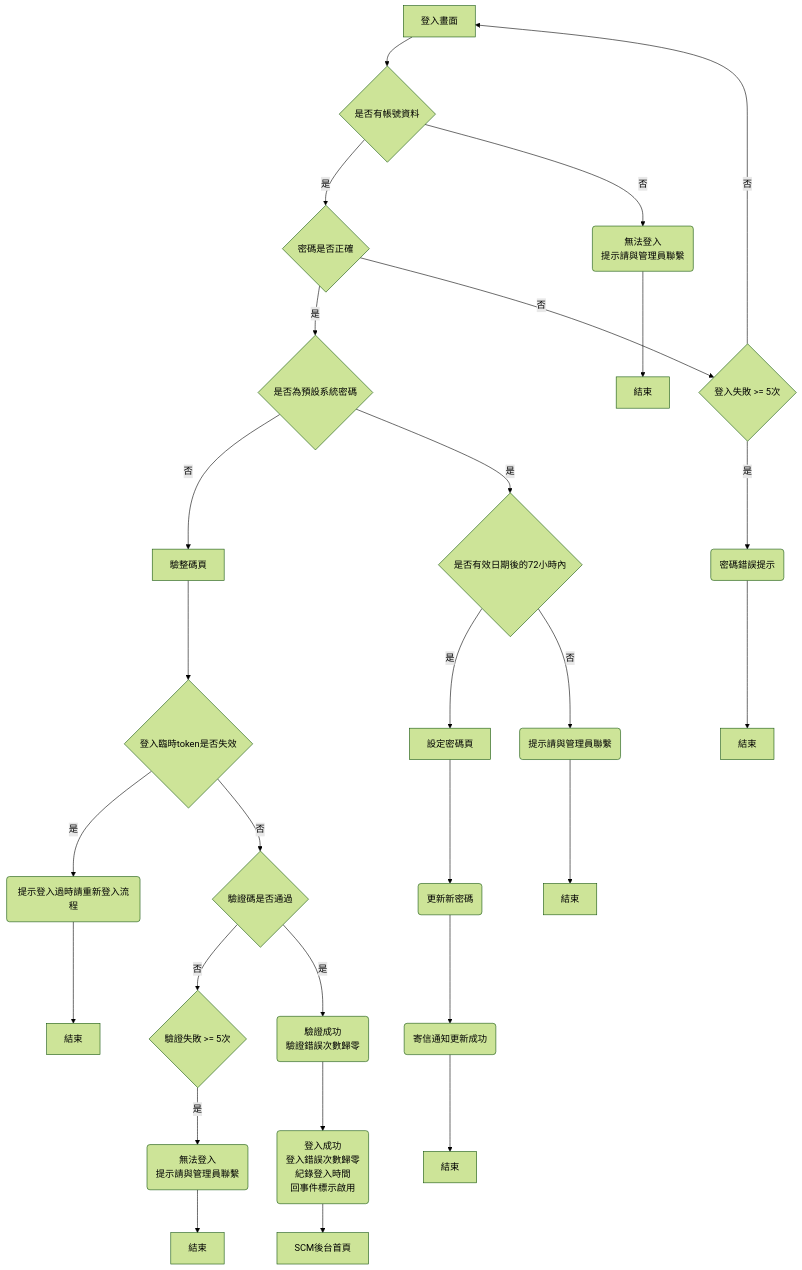
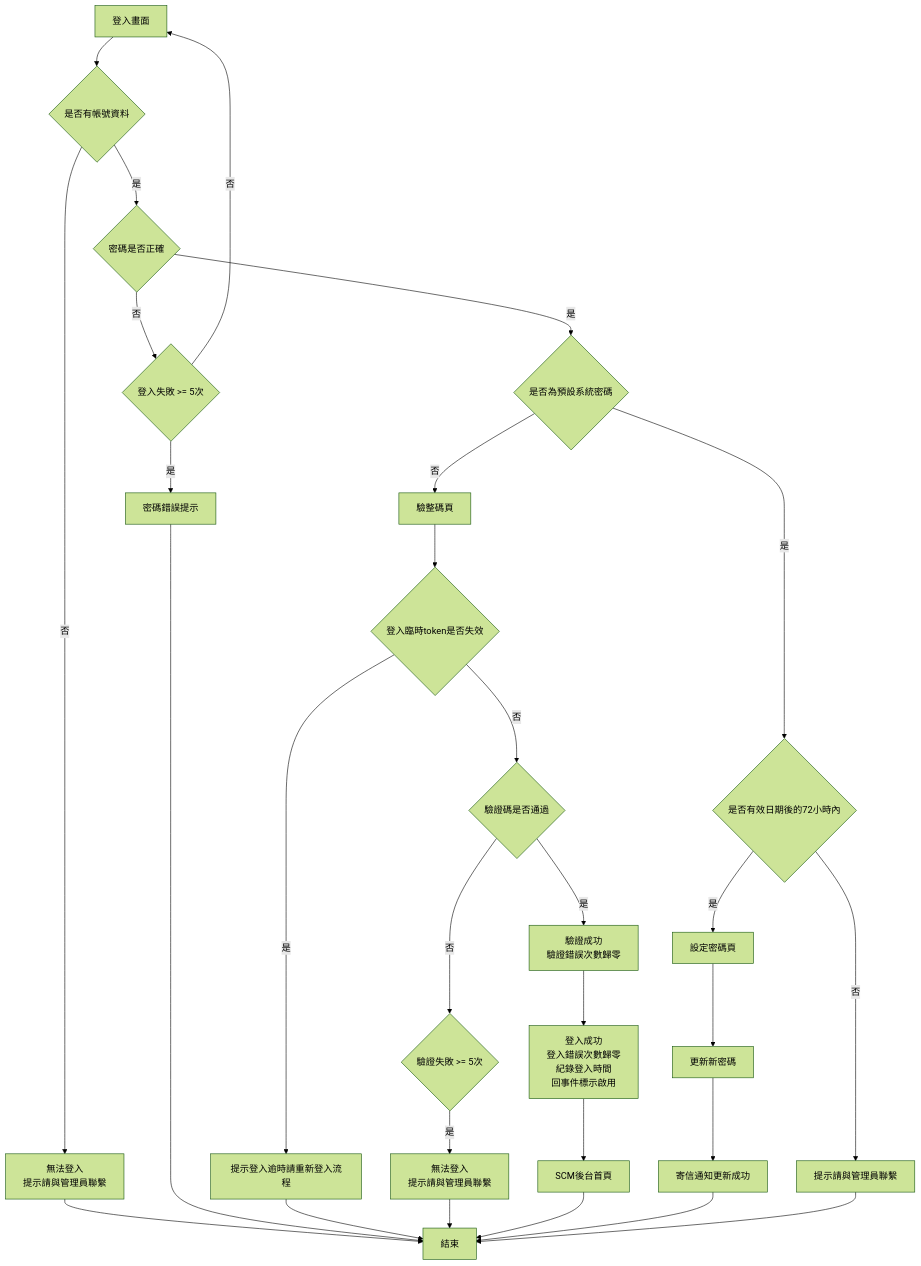
One commit to thunderstormwang/CodingNote changed the second of 6 diagrams in System_Design/login.md. Above: the diagram before and after it, drawn with Mermaid (forest theme). The commit also changed other lines of this file and 1 other file, not shown here.

Commit message:
modify note

````diff
--- a/System_Design/login.md
+++ b/System_Design/login.md
@@ -55,25 +55,24 @@
 ```mermaid
 flowchart TD
 A[登入畫面] --> B{是否有帳號資料} 
-
 B --> |是| C{密碼是否正確}
 C --> |是| D{是否為預設系統密碼}
 D --> |否| D1[驗整碼頁]
-B --> |否| Z(無法登入\n提示請與管理員聯繫) --> Z2[結束]
+B --> |否| Z[無法登入<br/>提示請與管理員聯繫] --> Z4[結束]
 C --> |否| M{登入失敗 >= 5次}
-M --> |是| N(密碼錯誤提示) --> Z1[結束]
+M --> |是| N[密碼錯誤提示] --> Z4[結束]
 M --> |否| A 
 D1 --> D2{登入臨時token是否失效}
-D2 --> |是| D3(提示登入過時請重新登入流程)--> Z6[結束]
+D2 --> |是| D3[提示登入逾時請重新登入流程]--> Z4[結束]
 D2 --> |否| E{驗證碼是否通過}
 E --> |否| O{驗證失敗 >= 5次}
-O --> |是| P(無法登入\n提示請與管理員聯繫) --> Z3[結束]
-E --> |是| F(驗證成功\n驗證錯誤次數歸零)
-F --> G(登入成功\n登入錯誤次數歸零\n紀錄登入時間\n回事件標示啟用)
-G --> Y[SCM後台首頁]
+O --> |是| P[無法登入<br/>提示請與管理員聯繫] --> Z4[結束]
+E --> |是| F[驗證成功<br/>驗證錯誤次數歸零]
+F --> G[登入成功<br/>登入錯誤次數歸零<br/>紀錄登入時間<br/>回事件標示啟用]
+G --> Y[SCM後台首頁] --> Z4[結束]
 D --> |是| I{是否有效日期後的72小時內}
 I --> |是| H[設定密碼頁]
-H --> J(更新新密碼)
-J --> L(寄信通知更新成功)--> Z4[結束]
-I --> |否| K(提示請與管理員聯繫) --> Z5[結束]
+H --> J[更新新密碼]
+J --> L[寄信通知更新成功] --> Z4[結束]
+I --> |否| K[提示請與管理員聯繫] --> Z4[結束]
 ```
````
